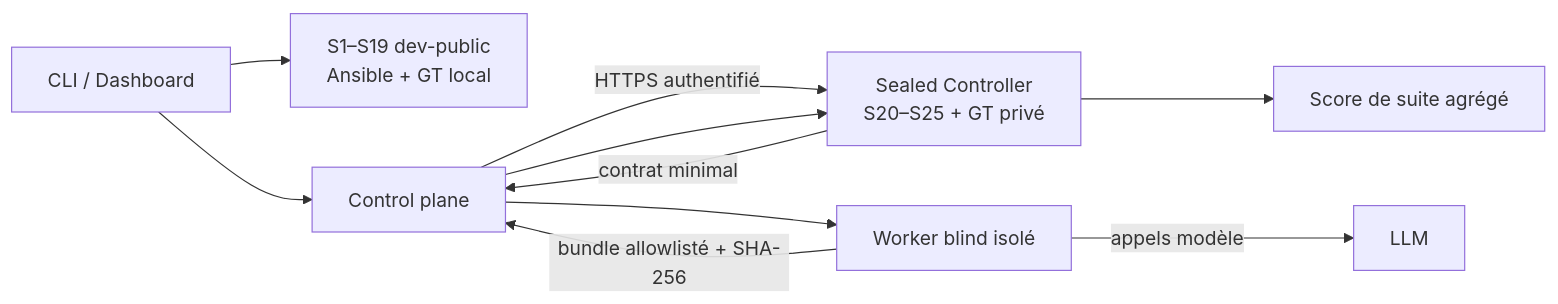
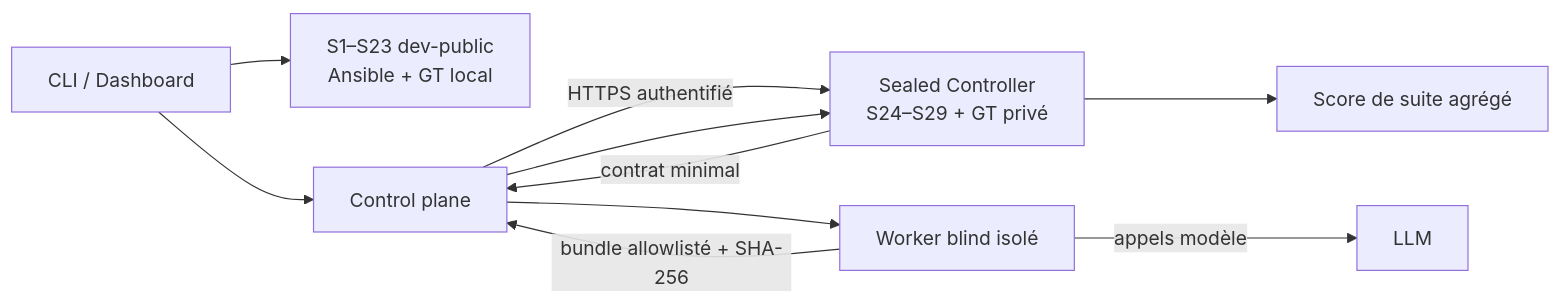
One commit to Tanguyvans/LANCE changed the diagram in benchmarks/README.md. Above: the diagram before and after it, drawn with Mermaid. The commit also changed other lines of this file and 55 other files, not shown here.

````diff
--- a/benchmarks/README.md
+++ b/benchmarks/README.md
@@ -12,20 +12,20 @@
 ```mermaid
 flowchart LR
     USER["CLI / Dashboard"]
-    PUBLIC["S1–S19 dev-public<br/>Ansible + GT local"]
+    PUBLIC["S1–S23 dev-public<br/>Ansible + GT local"]
     CONTROL["Control plane"]
-    SEALED["Sealed Controller<br/>S20–S25 + GT privé"]
+    SEALED["Sealed Controller<br/>S24–S29 + GT privé"]
     WORKER["Worker blind isolé"]
     SCORE["Score de suite agrégé"]
     LLM["LLM"]
 
     USER --> PUBLIC
     USER --> CONTROL
     CONTROL -->|HTTPS authentifié| SEALED
     SEALED -->|contrat minimal| CONTROL
     CONTROL --> WORKER
     WORKER -->|appels modèle| LLM
     WORKER -->|bundle allowlisté + SHA-256| CONTROL
     CONTROL --> SEALED
     SEALED --> SCORE
 ```
````
